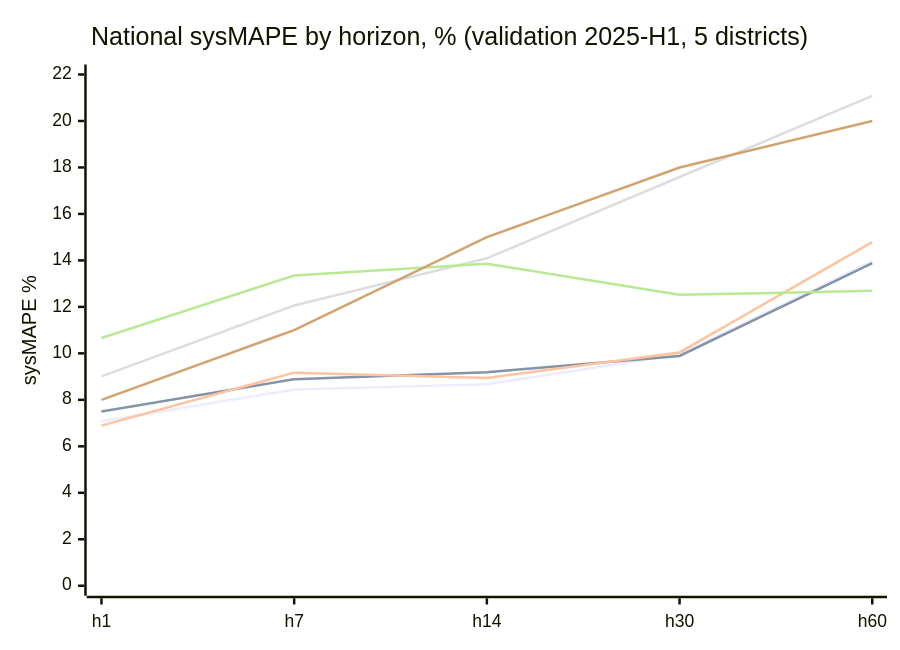
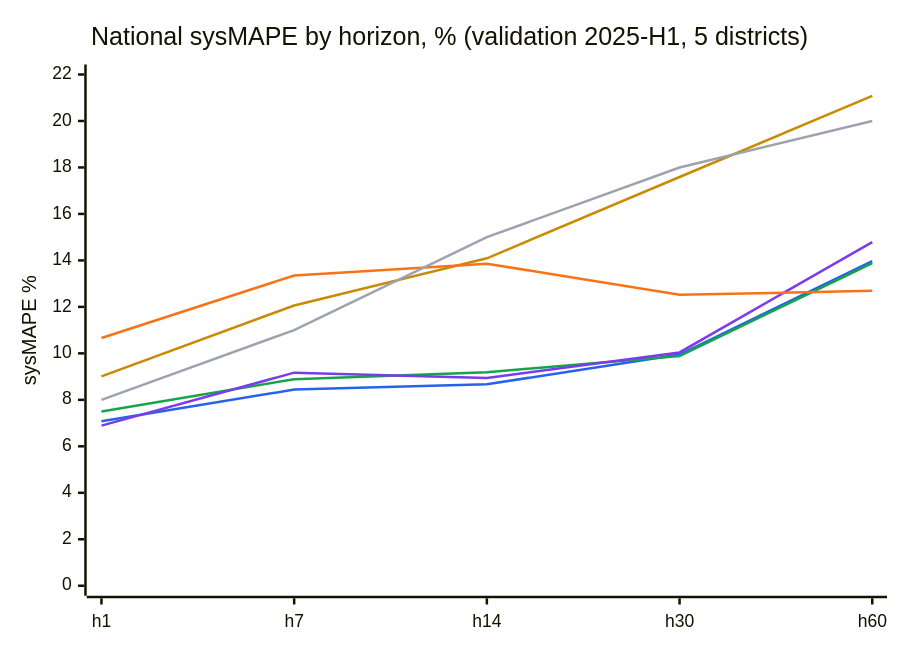
Before and after one commit to Avazbek2002/electricity: the third of 4 diagrams in docs/reports/no_weather_models_2025_split.md, drawn with Mermaid. The commit also changed other lines of this file and 1 other file, not shown here.

First line of the commit message:
Report: xgboost_wx (real AIFS forecast) on the 2025 split; series colours in both reports' charts

````diff
--- a/docs/reports/no_weather_models_2025_split.md
+++ b/docs/reports/no_weather_models_2025_split.md
@@ -112,12 +112,13 @@
 ```mermaid
+%%{init: {"themeVariables": {"xyChart": {"plotColorPalette": "#2563eb, #16a34a, #7c3aed, #ca8a04, #f97316, #9ca3af"}}}}%%
 xychart-beta
     title "National sysMAPE by horizon, % (validation 2025-H1, 5 districts)"
     x-axis [h1, h7, h14, h30, h60]
     y-axis "sysMAPE %" 0 --> 22
     line "XGBoost" [7.08, 8.44, 8.67, 9.95, 13.97]
     line "CatBoost" [7.50, 8.89, 9.19, 9.89, 13.88]
     line "NLinear_x" [6.89, 9.17, 8.94, 10.04, 14.79]
     line "GAM" [9.01, 12.06, 14.09, 17.59, 21.08]
     line "B0" [10.66, 13.35, 13.86, 12.52, 12.69]
     line "ТЗ limit" [8, 11, 15, 18, 20]
 ```
````
